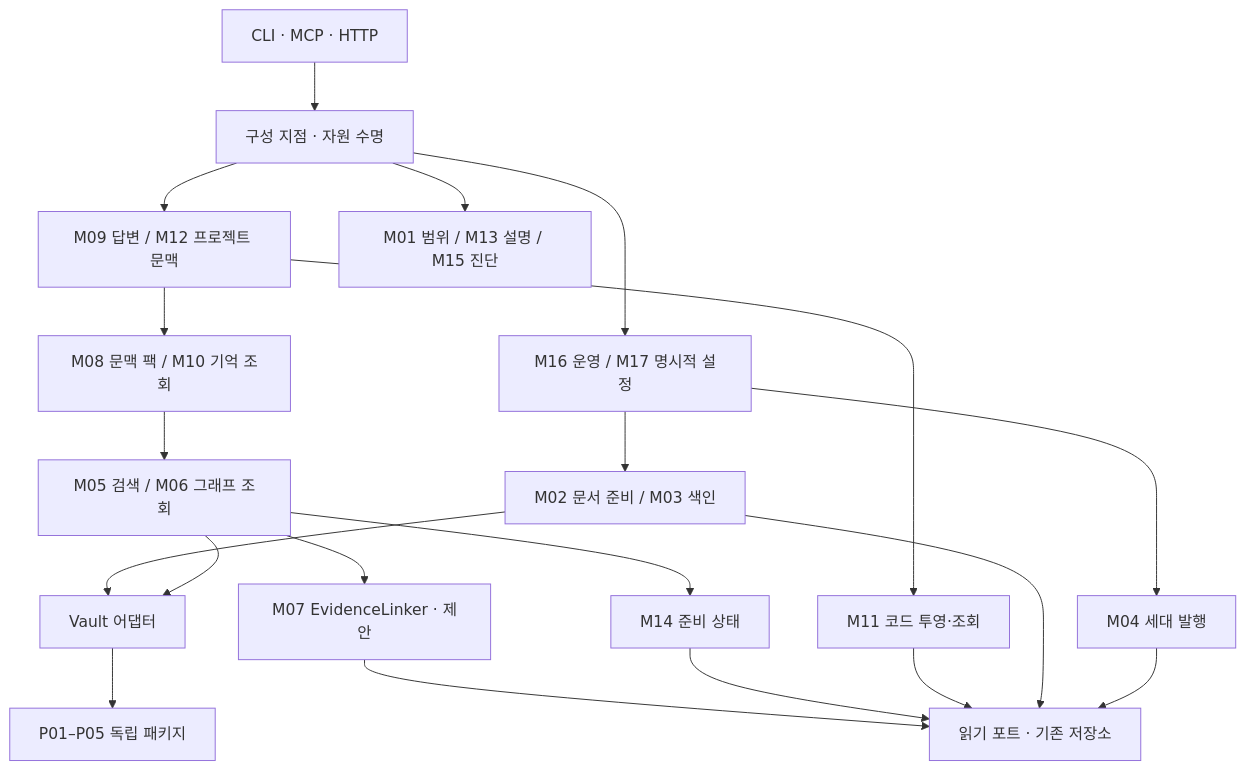
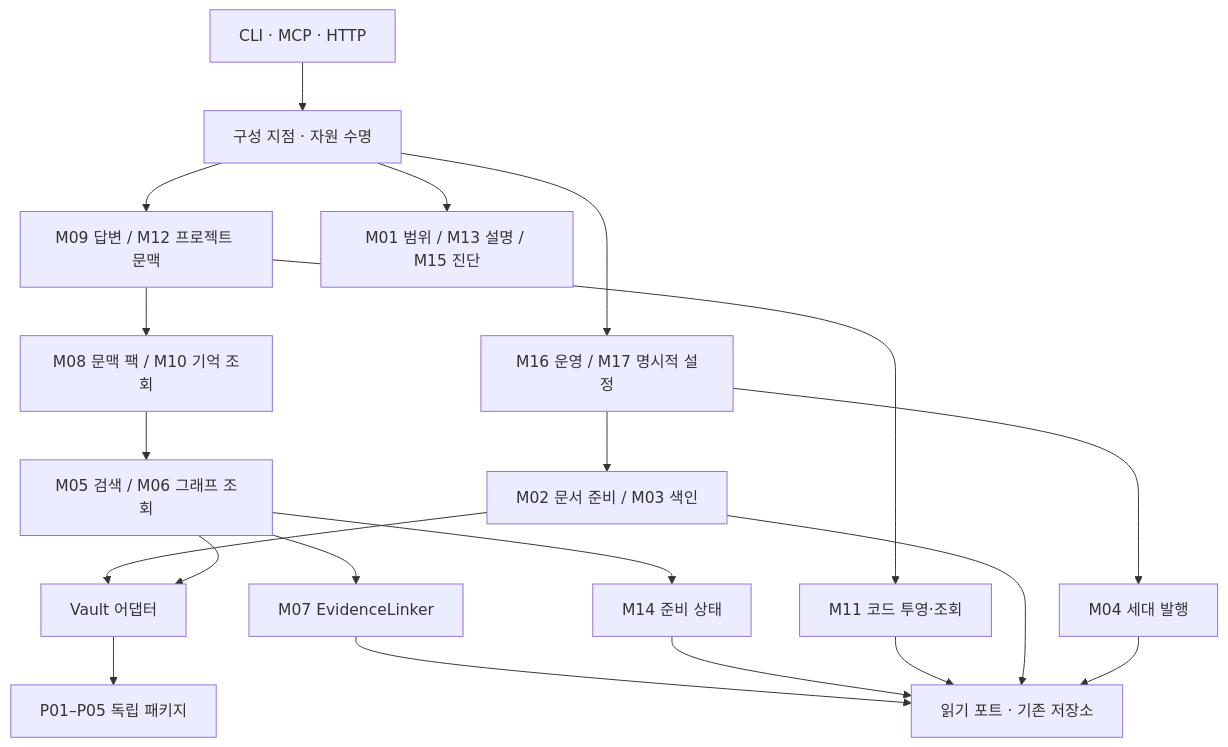
The diagram in docs/design/specs/2026-10-15-vault-graph-modular-architecture-ko.md (cutehackers/vault-graph), drawn with Mermaid before and after one commit. The commit also changed other lines of this file and 354 other files, not shown here.

````diff
--- a/docs/design/specs/2026-10-15-vault-graph-modular-architecture-ko.md
+++ b/docs/design/specs/2026-10-15-vault-graph-modular-architecture-ko.md
@@ -86,22 +89,22 @@
 ```mermaid
 flowchart TB
     ENTRY["CLI · MCP · HTTP"] --> ROOT["구성 지점 · 자원 수명"]
     ROOT --> OPS["M16 운영 / M17 명시적 설정"]
     ROOT --> QUERY["M09 답변 / M12 프로젝트 문맥"]
     QUERY --> VIEW["M08 문맥 팩 / M10 기억 조회"]
     VIEW --> RET["M05 검색 / M06 그래프 조회"]
     QUERY --> CODE["M11 코드 투영·조회"]
-    RET --> LINK["M07 EvidenceLinker · 제안"]
+    RET --> LINK["M07 EvidenceLinker"]
     RET --> READY["M14 준비 상태"]
     OPS --> IDX["M02 문서 준비 / M03 색인"]
     OPS --> PUB["M04 세대 발행"]
     IDX --> AD["Vault 어댑터"]
     RET --> AD
     AD --> PKG["P01–P05 독립 패키지"]
     LINK --> PORT["읽기 포트 · 기존 저장소"]
     READY --> PORT
     CODE --> PORT
     IDX --> PORT
     PUB --> PORT
     ROOT --> SUPPORT["M01 범위 / M13 설명 / M15 진단"]
 ```
````
